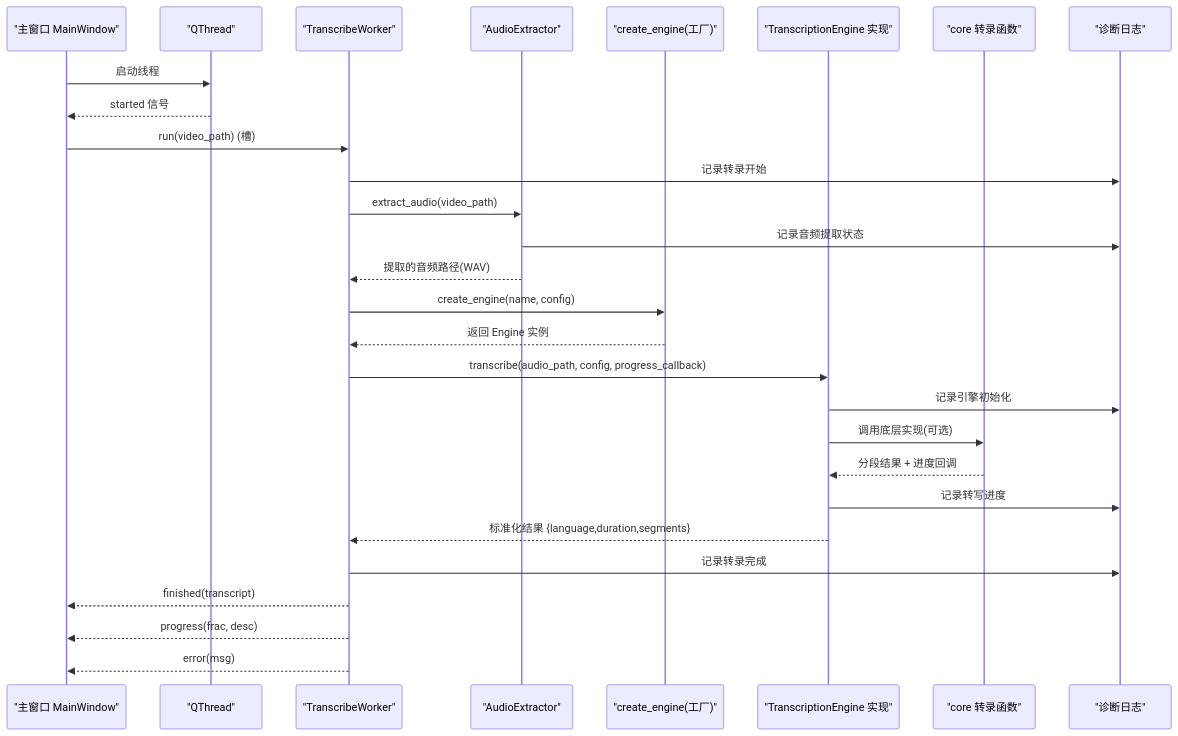
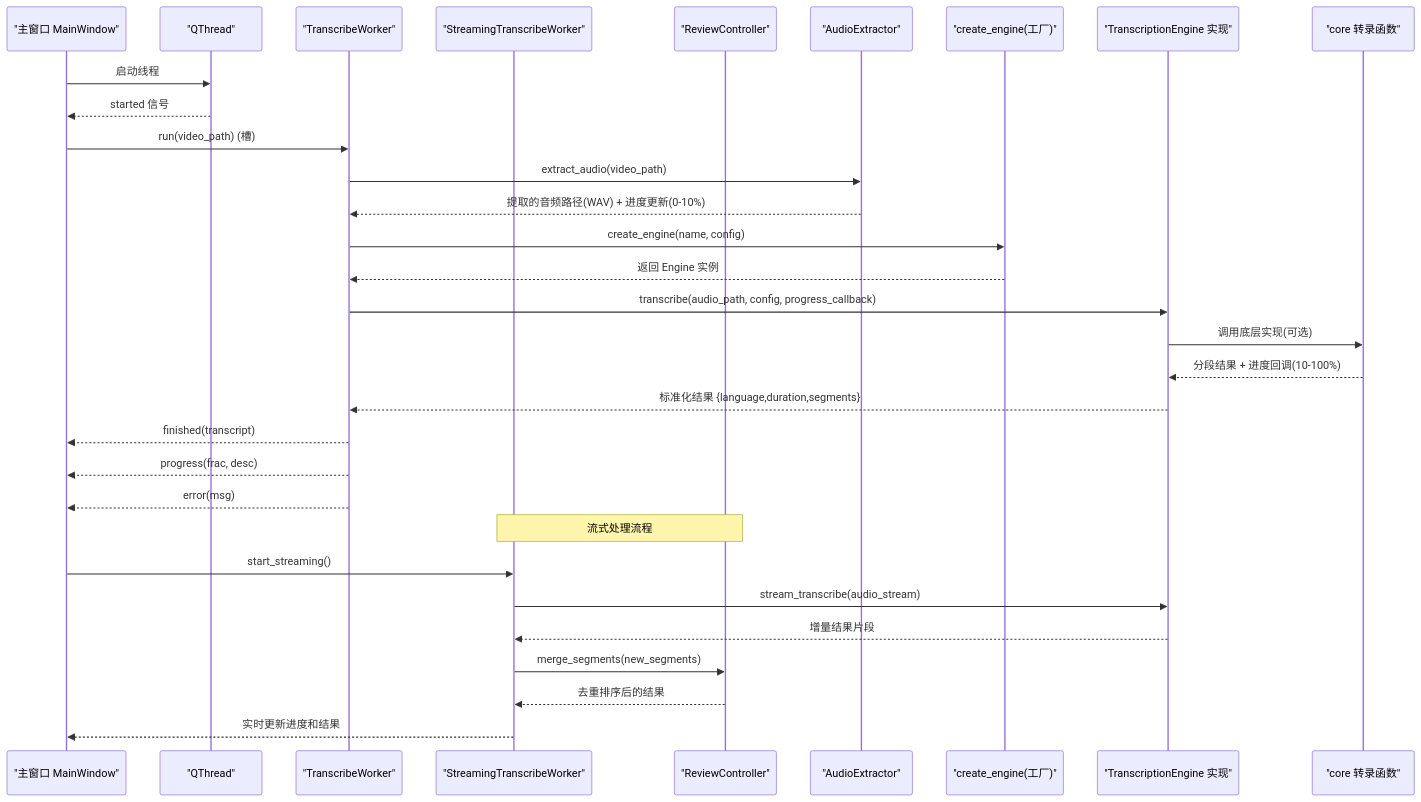
Before and after one commit to boyingliu01/VideoSplitter: the second of 6 diagrams in .qoder/repowiki/zh/content/用户界面/转录工作线程.md, drawn with Mermaid. The commit also changed other lines of this file and 147 other files, not shown here.

````diff
--- a/.qoder/repowiki/zh/content/用户界面/转录工作线程.md
+++ b/.qoder/repowiki/zh/content/用户界面/转录工作线程.md
@@ -111,30 +125,33 @@
 ```mermaid
 sequenceDiagram
 participant UI as "主窗口 MainWindow"
 participant Thread as "QThread"
 participant Worker as "TranscribeWorker"
+participant StreamWorker as "StreamingTranscribeWorker"
+participant ReviewCtrl as "ReviewController"
 participant AudioExt as "AudioExtractor"
 participant Factory as "create_engine(工厂)"
 participant Engine as "TranscriptionEngine 实现"
 participant Core as "core 转录函数"
-participant Logger as "诊断日志"
 UI->>Thread : 启动线程
 Thread-->>UI : started 信号
 UI->>Worker : run(video_path) (槽)
-Worker->>Logger : 记录转录开始
 Worker->>AudioExt : extract_audio(video_path)
-AudioExt->>Logger : 记录音频提取状态
-AudioExt-->>Worker : 提取的音频路径(WAV)
+AudioExt-->>Worker : 提取的音频路径(WAV) + 进度更新(0-10%)
 Worker->>Factory : create_engine(name, config)
 Factory-->>Worker : 返回 Engine 实例
 Worker->>Engine : transcribe(audio_path, config, progress_callback)
-Engine->>Logger : 记录引擎初始化
 Engine->>Core : 调用底层实现(可选)
-Core-->>Engine : 分段结果 + 进度回调
-Engine->>Logger : 记录转写进度
+Core-->>Engine : 分段结果 + 进度回调(10-100%)
 Engine-->>Worker : 标准化结果 {language,duration,segments}
-Worker->>Logger : 记录转录完成
 Worker-->>UI : finished(transcript)
 Worker-->>UI : progress(frac, desc)
 Worker-->>UI : error(msg)
+Note over StreamWorker,ReviewCtrl : 流式处理流程
+UI->>StreamWorker : start_streaming()
+StreamWorker->>Engine : stream_transcribe(audio_stream)
+Engine-->>StreamWorker : 增量结果片段
+StreamWorker->>ReviewCtrl : merge_segments(new_segments)
+ReviewCtrl-->>StreamWorker : 去重排序后的结果
+StreamWorker-->>UI : 实时更新进度和结果
 ```
````
